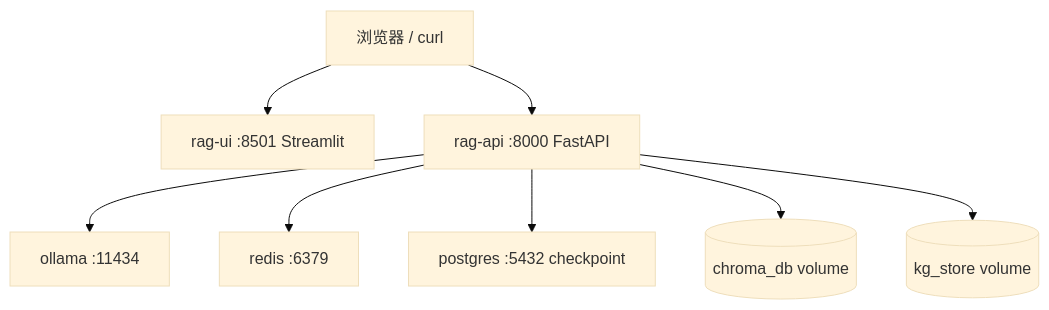
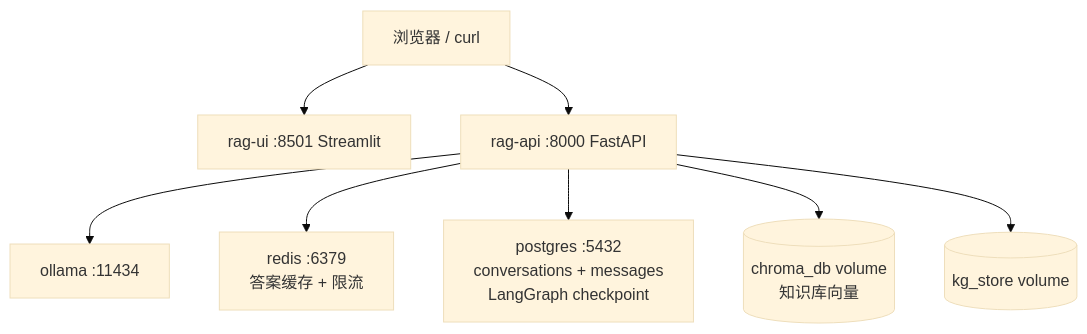
One commit to charlie-chann/ai-agent-langgraph-main changed diagram 22 of 22 in project_00_rag_agent/docs/architecture.md. Above: the diagram before and after it, drawn with Mermaid (base theme). The commit also changed other lines of this file and 28 other files, not shown here.

Commit message:
docs(project_00): 补充架构图与 Docker/对话链路文档

````diff
--- a/project_00_rag_agent/docs/architecture.md
+++ b/project_00_rag_agent/docs/architecture.md
@@ -780,11 +856,11 @@
 ```mermaid
 flowchart TB
     USER[浏览器 / curl] --> UI[rag-ui :8501 Streamlit]
     USER --> API[rag-api :8000 FastAPI]
 
     API --> OLL[ollama :11434]
-    API --> REDIS[redis :6379]
-    API --> PG[postgres :5432 checkpoint]
-    API --> VOL1[(chroma_db volume)]
+    API --> REDIS[redis :6379<br/>答案缓存 + 限流]
+    API --> PG["postgres :5432<br/>conversations + messages<br/>LangGraph checkpoint"]
+    API --> VOL1[(chroma_db volume<br/>知识库向量)]
     API --> VOL2[(kg_store volume)]
 ```
````
